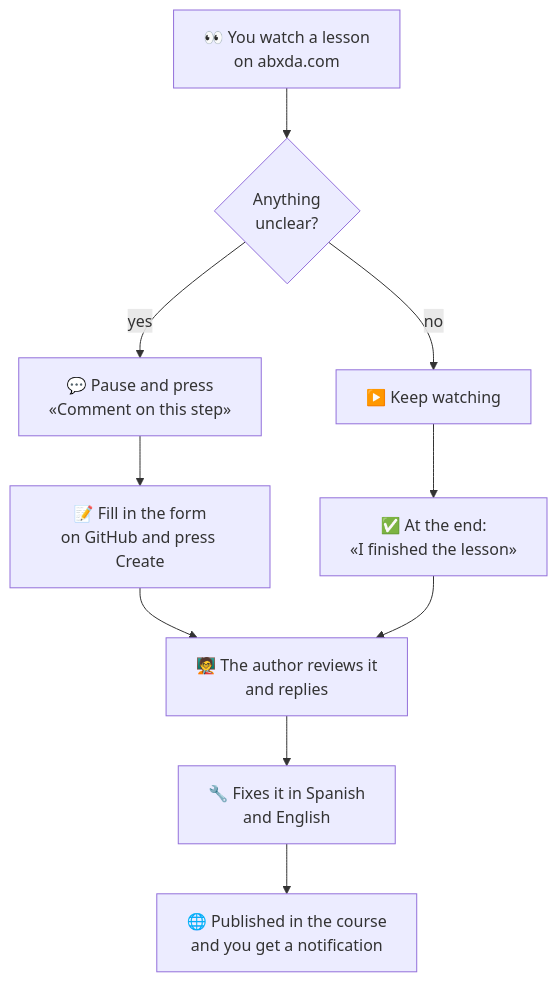
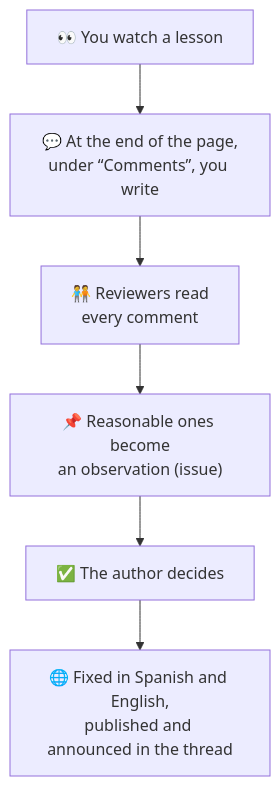
One commit to abxda/abxda-academy changed the diagram in REVIEWING.md. Above: the diagram before and after it, drawn with Mermaid. The commit also changed other lines of this file and 20 other files, not shown here.

````diff
--- a/REVIEWING.md
+++ b/REVIEWING.md
@@ -15,12 +11,8 @@
 ```mermaid
 flowchart TD
-  A["👀 You watch a lesson<br/>on abxda.com"] --> B{"Anything<br/>unclear?"}
-  B -- "yes" --> C["💬 Pause and press<br/>«Comment on this step»"]
-  C --> D["📝 Fill in the form<br/>on GitHub and press Create"]
-  B -- "no" --> E["▶️ Keep watching"]
-  E --> F["✅ At the end:<br/>«I finished the lesson»"]
-  D --> G["🧑‍🏫 The author reviews it<br/>and replies"]
-  F --> G
-  G --> H["🔧 Fixes it in Spanish<br/>and English"]
-  H --> I["🌐 Published in the course<br/>and you get a notification"]
+  A["👀 You watch a lesson"] --> B["💬 At the end of the page,<br/>under “Comments”, you write"]
+  B --> C["🧑‍🤝‍🧑 Reviewers read<br/>every comment"]
+  C --> D["📌 Reasonable ones become<br/>an observation (issue)"]
+  D --> E["✅ The author decides"]
+  E --> F["🌐 Fixed in Spanish and English,<br/>published and announced in the thread"]
 ```
````
